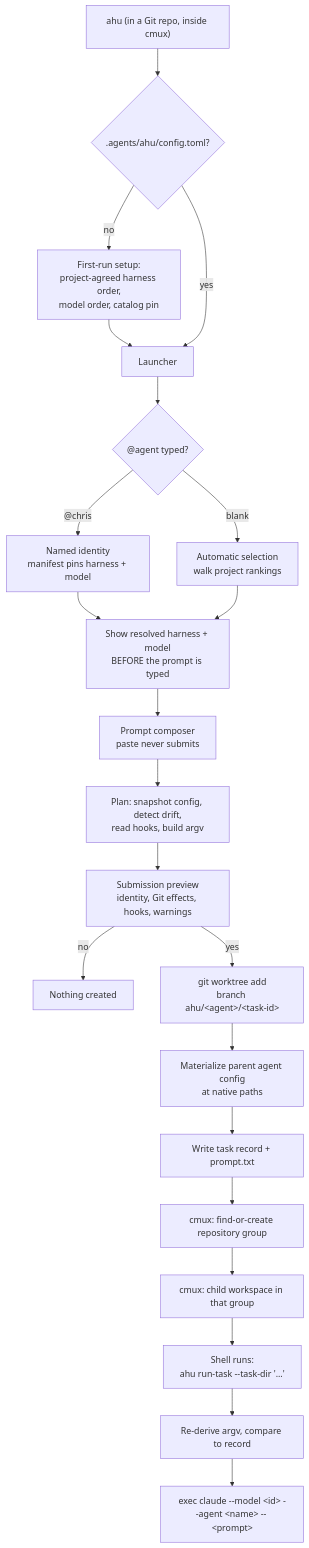
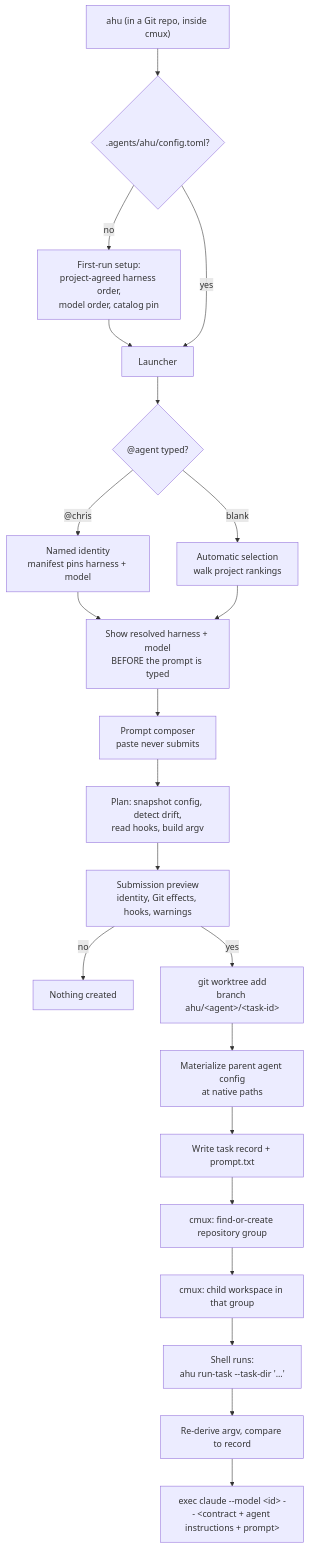
Before and after one commit to moai-agent/ahu: the first of 2 diagrams in README.md, drawn with Mermaid. The commit also changed other lines of this file and 30 other files, not shown here.

````diff
--- a/README.md
+++ b/README.md
@@ -88,27 +88,27 @@
 ```mermaid
 flowchart TD
     A["ahu (in a Git repo, inside cmux)"] --> B{".agents/ahu/config.toml?"}
     B -- no --> C["First-run setup:<br/>project-agreed harness order,<br/>model order, catalog pin"]
     C --> D
     B -- yes --> D["Launcher"]
 
     D --> E{"@agent typed?"}
     E -- "@chris" --> F["Named identity<br/>manifest pins harness + model"]
     E -- blank --> G["Automatic selection<br/>walk project rankings"]
     F --> H["Show resolved harness + model<br/>BEFORE the prompt is typed"]
     G --> H
 
     H --> I["Prompt composer<br/>paste never submits"]
     I --> J["Plan: snapshot config, detect drift,<br/>read hooks, build argv"]
     J --> K["Submission preview<br/>identity, Git effects, hooks, warnings"]
     K -- "no" --> L["Nothing created"]
     K -- "yes" --> M["git worktree add<br/>branch ahu/&lt;agent&gt;/&lt;task-id&gt;"]
 
     M --> N["Materialize parent agent config<br/>at native paths"]
     N --> O["Write task record + prompt.txt"]
     O --> P["cmux: find-or-create repository group"]
     P --> Q["cmux: child workspace in that group"]
     Q --> R["Shell runs:<br/>ahu run-task --task-dir '...'"]
     R --> S["Re-derive argv, compare to record"]
-    S --> T["exec claude --model &lt;id&gt; --agent &lt;name&gt; -- &lt;prompt&gt;"]
+    S --> T["exec claude --model &lt;id&gt; -- &lt;contract + agent instructions + prompt&gt;"]
 ```
````
